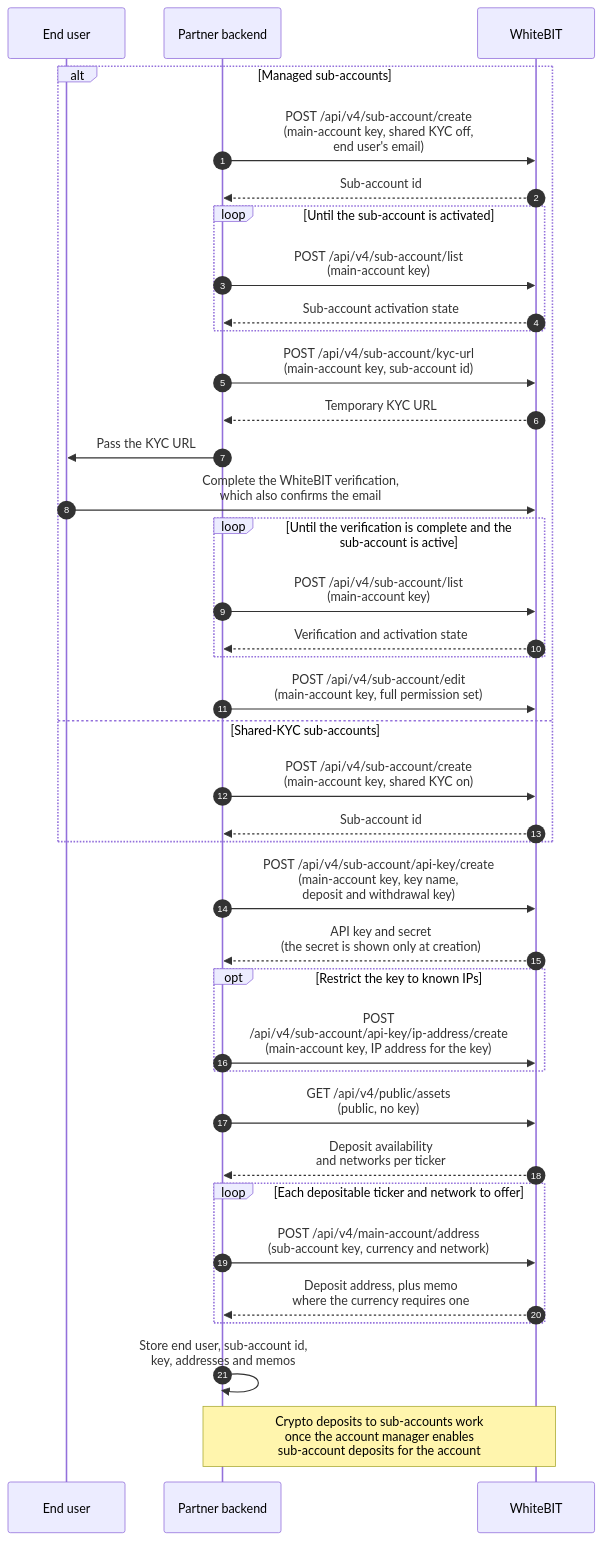
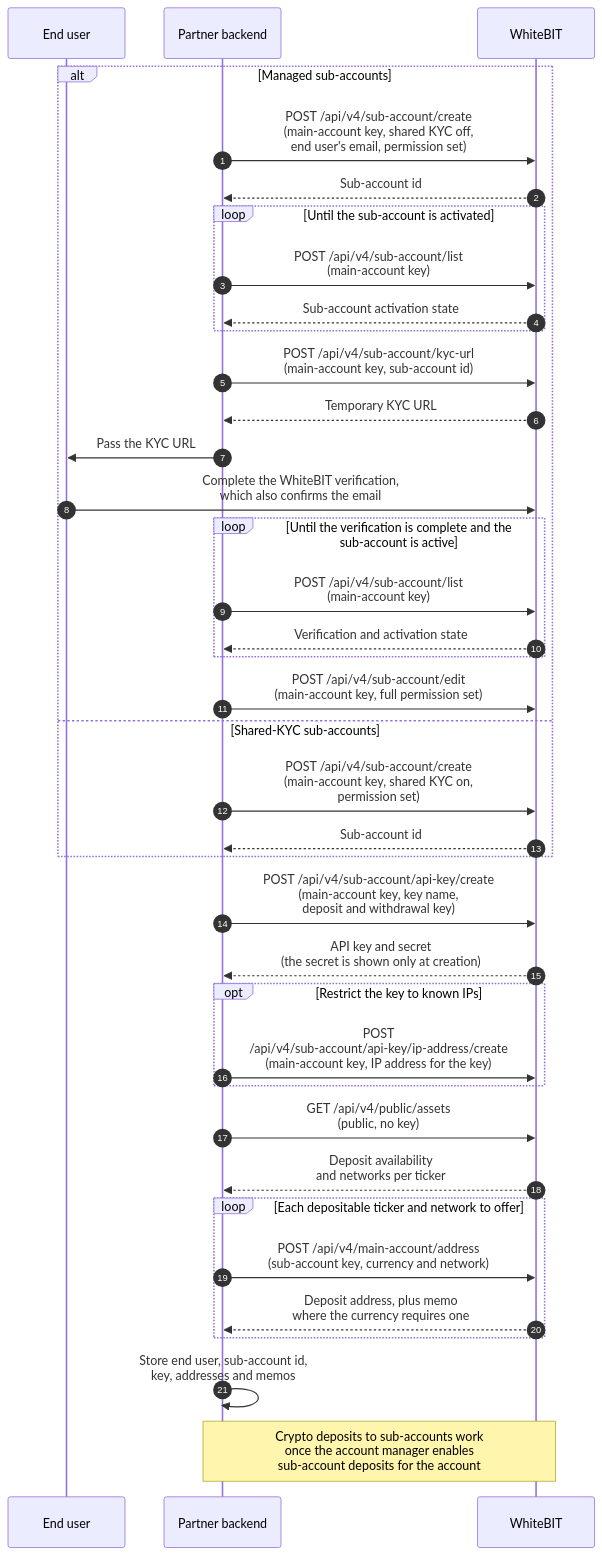
One commit to whitebit-exchange/docs changed the first of 6 diagrams in guides/waas-integration.mdx. Above: the diagram before and after it, drawn with Mermaid. The commit also changed other lines of this file and 3 other files, not shown here.

Commit message:
docs(guide): share the sub-account withdrawal approval diagram

````diff
--- a/guides/waas-integration.mdx
+++ b/guides/waas-integration.mdx
@@ -73,41 +74,41 @@
 ```mermaid
 sequenceDiagram
     autonumber
     participant U as End user
     participant P as Partner backend
     participant W as WhiteBIT
 
     alt Managed sub-accounts
-        P->>W: POST /api/v4/sub-account/create<br/>(main-account key, shared KYC off,<br/>end user's email)
+        P->>W: POST /api/v4/sub-account/create<br/>(main-account key, shared KYC off,<br/>end user's email, permission set)
         W-->>P: Sub-account id
         loop Until the sub-account is activated
             P->>W: POST /api/v4/sub-account/list<br/>(main-account key)
             W-->>P: Sub-account activation state
         end
         P->>W: POST /api/v4/sub-account/kyc-url<br/>(main-account key, sub-account id)
         W-->>P: Temporary KYC URL
         P->>U: Pass the KYC URL
         U->>W: Complete the WhiteBIT verification,<br/>which also confirms the email
         loop Until the verification is complete and the sub-account is active
             P->>W: POST /api/v4/sub-account/list<br/>(main-account key)
             W-->>P: Verification and activation state
         end
         P->>W: POST /api/v4/sub-account/edit<br/>(main-account key, full permission set)
     else Shared-KYC sub-accounts
-        P->>W: POST /api/v4/sub-account/create<br/>(main-account key, shared KYC on)
+        P->>W: POST /api/v4/sub-account/create<br/>(main-account key, shared KYC on,<br/>permission set)
         W-->>P: Sub-account id
     end
     P->>W: POST /api/v4/sub-account/api-key/create<br/>(main-account key, key name,<br/>deposit and withdrawal key)
     W-->>P: API key and secret<br/>(the secret is shown only at creation)
     opt Restrict the key to known IPs
         P->>W: POST<br/>/api/v4/sub-account/api-key/ip-address/create<br/>(main-account key, IP address for the key)
     end
     P->>W: GET /api/v4/public/assets<br/>(public, no key)
     W-->>P: Deposit availability<br/>and networks per ticker
     loop Each depositable ticker and network to offer
         P->>W: POST /api/v4/main-account/address<br/>(sub-account key, currency and network)
         W-->>P: Deposit address, plus memo<br/>where the currency requires one
     end
     P->>P: Store end user, sub-account id,<br/>key, addresses and memos
     Note over P,W: Crypto deposits to sub-accounts work<br/>once the account manager enables<br/>sub-account deposits for the account
 ```
````
